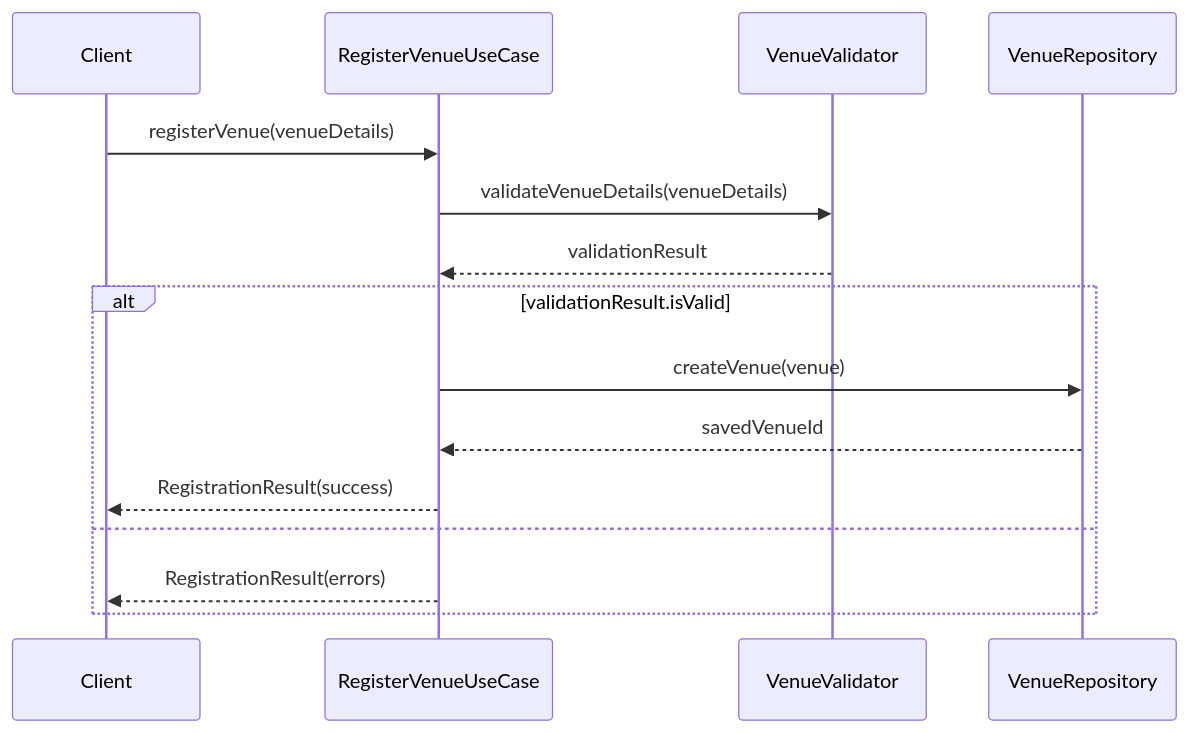
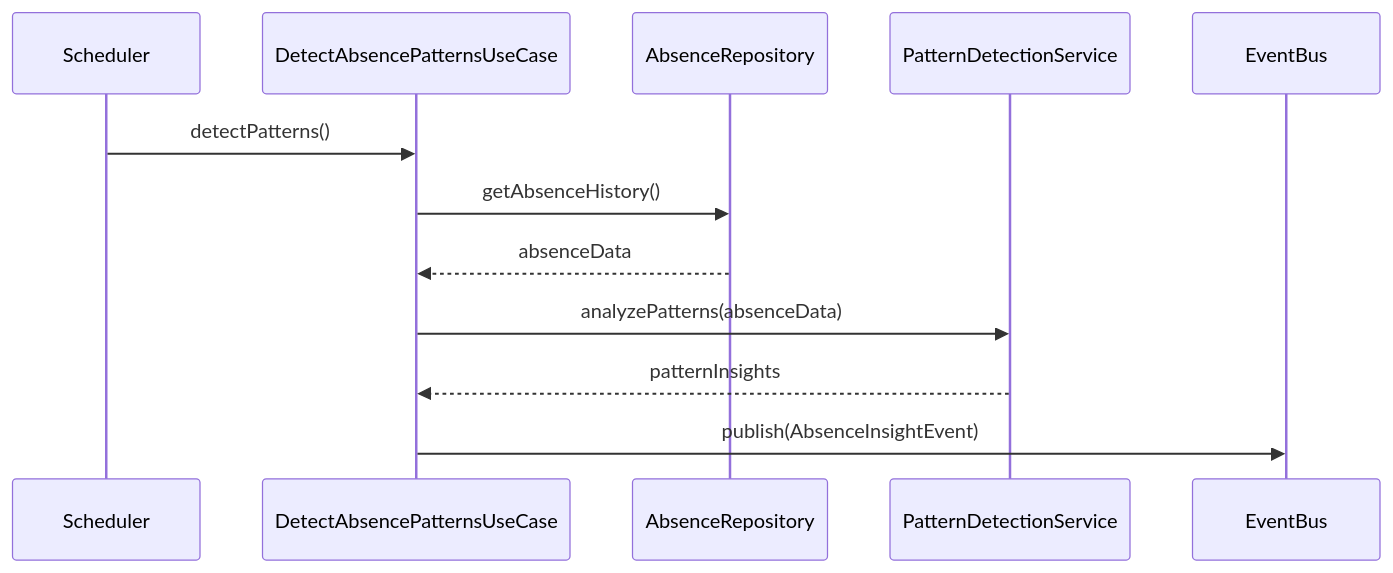
One commit to NowatariSoma/tomosigoto_nou_system changed diagram 14 of 18 in 設計書/05_アプリケーション層.md. Above: the diagram before and after it, drawn with Mermaid. The commit also changed other lines of this file and 12 other files, not shown here.

````diff
--- a/設計書/05_アプリケーション層.md
+++ b/設計書/05_アプリケーション層.md
@@ -412,19 +471,15 @@
 ```mermaid
 sequenceDiagram
-    participant Client
-    participant UseCase as RegisterVenueUseCase
-    participant Validator as VenueValidator
-    participant Repository as VenueRepository
+    participant Scheduler
+    participant UseCase as DetectAbsencePatternsUseCase
+    participant Repository as AbsenceRepository
+    participant Service as PatternDetectionService
+    participant EventBus
     
-    Client->>UseCase: registerVenue(venueDetails)
-    UseCase->>Validator: validateVenueDetails(venueDetails)
-    Validator-->>UseCase: validationResult
-    
-    alt validationResult.isValid
-        UseCase->>Repository: createVenue(venue)
-        Repository-->>UseCase: savedVenueId
-        UseCase-->>Client: RegistrationResult(success)
-    else
-        UseCase-->>Client: RegistrationResult(errors)
-    end
+    Scheduler->>UseCase: detectPatterns()
+    UseCase->>Repository: getAbsenceHistory()
+    Repository-->>UseCase: absenceData
+    UseCase->>Service: analyzePatterns(absenceData)
+    Service-->>UseCase: patternInsights
+    UseCase->>EventBus: publish(AbsenceInsightEvent)
 ```
````
